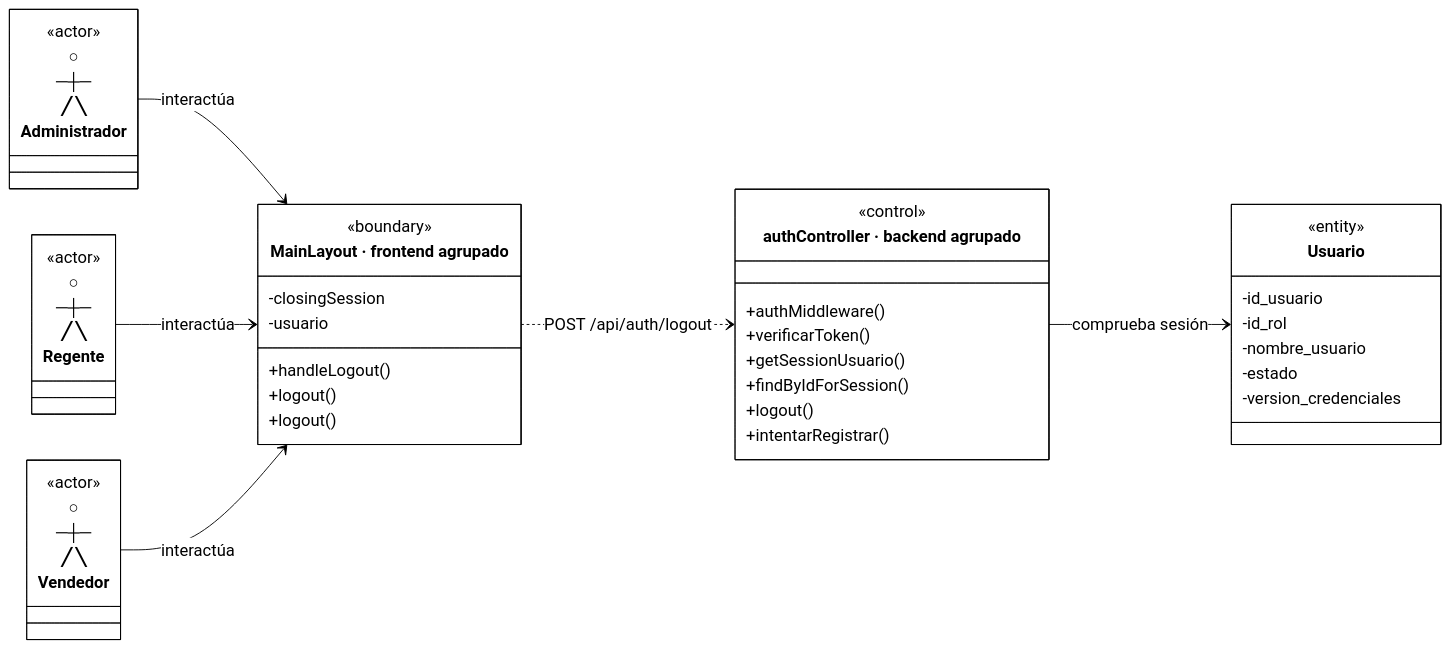
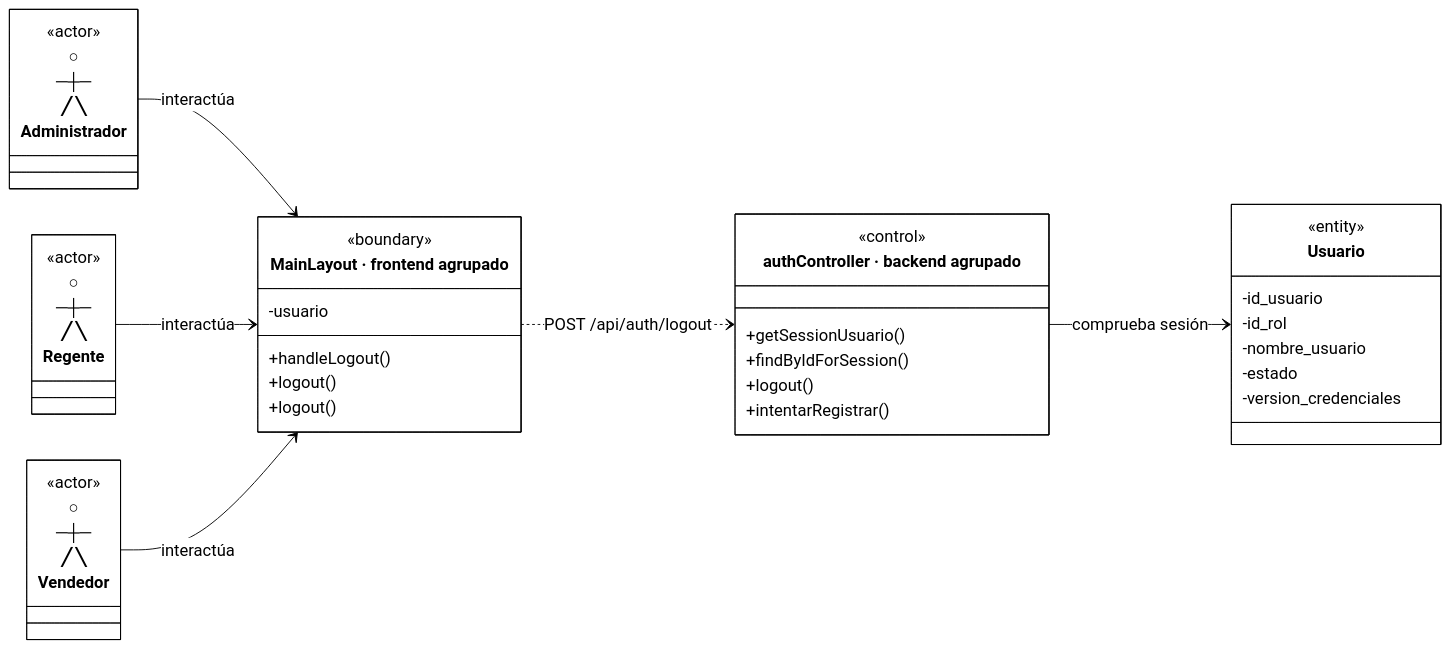
One commit to CreepyBowDev/cadefar-inventory-system changed the second of 35 diagrams in docs/ai/analisis-clases-academico-simplificado.md. Above: the diagram before and after it, drawn with Mermaid. The commit also changed other lines of this file, not shown here.

````diff
--- a/docs/ai/analisis-clases-academico-simplificado.md
+++ b/docs/ai/analisis-clases-academico-simplificado.md
@@ -134,47 +126,44 @@
 ```mermaid
-%%{init: {"theme":"base","htmlLabels":true,"markdownAutoWrap":false,"class":{"useMaxWidth":false},"themeCSS":".node.actor .label-container path{stroke:none!important;fill:none!important;} .node.actor .divider{display:none;} .nodeLabel{color:#000000!important;} .node .label div{display:table-cell!important;white-space:nowrap!important;max-width:none!important;} .control .methods-group .label:nth-child(5) p::after{content:\" [controller]\";} .control .methods-group .label:nth-child(6) p::after{content:\" [auditoria]\";}","themeVariables":{"background":"#ffffff","primaryColor":"#ffffff","primaryTextColor":"#000000","primaryBorderColor":"#000000","secondaryColor":"#ffffff","tertiaryColor":"#ffffff","lineColor":"#000000","textColor":"#000000","fontFamily":"Arial","fontSize":"18px"}}}%%
+%%{init: {"theme":"base","htmlLabels":true,"markdownAutoWrap":false,"class":{"useMaxWidth":false},"themeCSS":".node.actor .label-container path{stroke:none!important;fill:none!important;} .node.actor .divider{display:none;} .nodeLabel{color:#000000!important;} .node .label div{display:table-cell!important;white-space:nowrap!important;max-width:none!important;} .control .methods-group .label:nth-child(3) p::after{content:\" [controller]\";}.control .methods-group .label:nth-child(4) p::after{content:\" [auditoria]\";}","themeVariables":{"background":"#ffffff","primaryColor":"#ffffff","primaryTextColor":"#000000","primaryBorderColor":"#000000","secondaryColor":"#ffffff","tertiaryColor":"#ffffff","lineColor":"#000000","textColor":"#000000","fontFamily":"Arial","fontSize":"18px"}}}%%
 %%{init: {"state":{"useMaxWidth":false}}}%%
 classDiagram
     direction LR
     class Administrador["○<br/>─┼─<br/>╱ ╲<br/>Administrador"]
     class Regente["○<br/>─┼─<br/>╱ ╲<br/>Regente"]
     class Vendedor["○<br/>─┼─<br/>╱ ╲<br/>Vendedor"]
     class Administrador { <<actor>> }
     class Regente { <<actor>> }
     class Vendedor { <<actor>> }
     class Boundary["MainLayout · frontend agrupado"] {
         <<boundary>>
-        -closingSession
         -usuario
         +handleLogout()
         +logout()
         +logout()
     }
     class Control["authController · backend agrupado"] {
         <<control>>
-        +authMiddleware()
-        +verificarToken()
         +getSessionUsuario()
         +findByIdForSession()
         %% logout() [controller]
         +logout()
         %% intentarRegistrar() [auditoria]
         +intentarRegistrar()
     }
     class Usuario {
         <<entity>>
         -id_usuario
         -id_rol
         -nombre_usuario
         -estado
         -version_credenciales
     }
     Administrador --> Boundary : interactúa
     Regente --> Boundary : interactúa
     Vendedor --> Boundary : interactúa
     Boundary ..> Control : POST /api/auth/logout
     Control --> Usuario : comprueba sesión
     cssClass "Control" control
     classDef actor fill:#ffffff,stroke-width:0px,color:#000000
     cssClass "Administrador,Regente,Vendedor" actor
 ```
````
